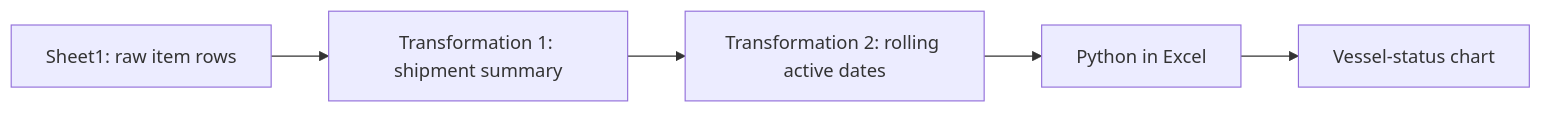
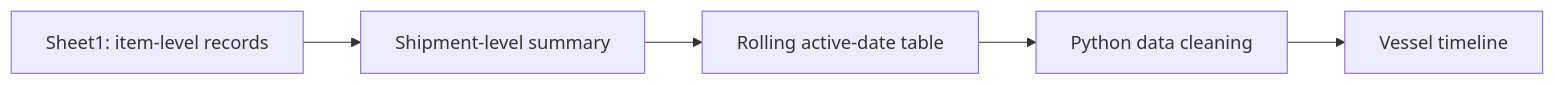
Before and after one commit to khaothip/logistics-vessel-tracker: the diagram in README.md, drawn with Mermaid. The commit also changed other lines of this file, not shown here.

````diff
--- a/README.md
+++ b/README.md
@@ -20,7 +19,7 @@
 ```mermaid
 flowchart LR
-    A["Sheet1: raw item rows"] --> B["Transformation 1: shipment summary"]
-    B --> C["Transformation 2: rolling active dates"]
-    C --> D["Python in Excel"]
-    D --> E["Vessel-status chart"]
+    A["Sheet1: item-level records"] --> B["Shipment-level summary"]
+    B --> C["Rolling active-date table"]
+    C --> D["Python data cleaning"]
+    D --> E["Vessel timeline"]
 ```
````
